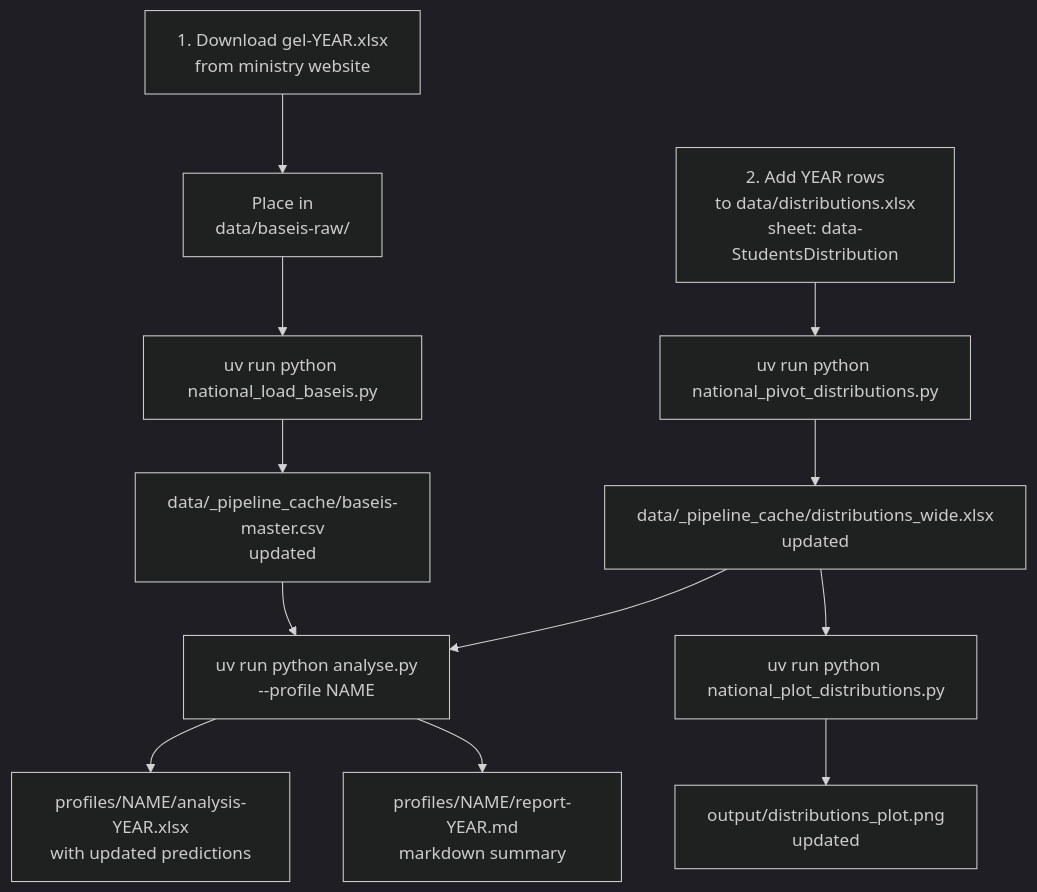
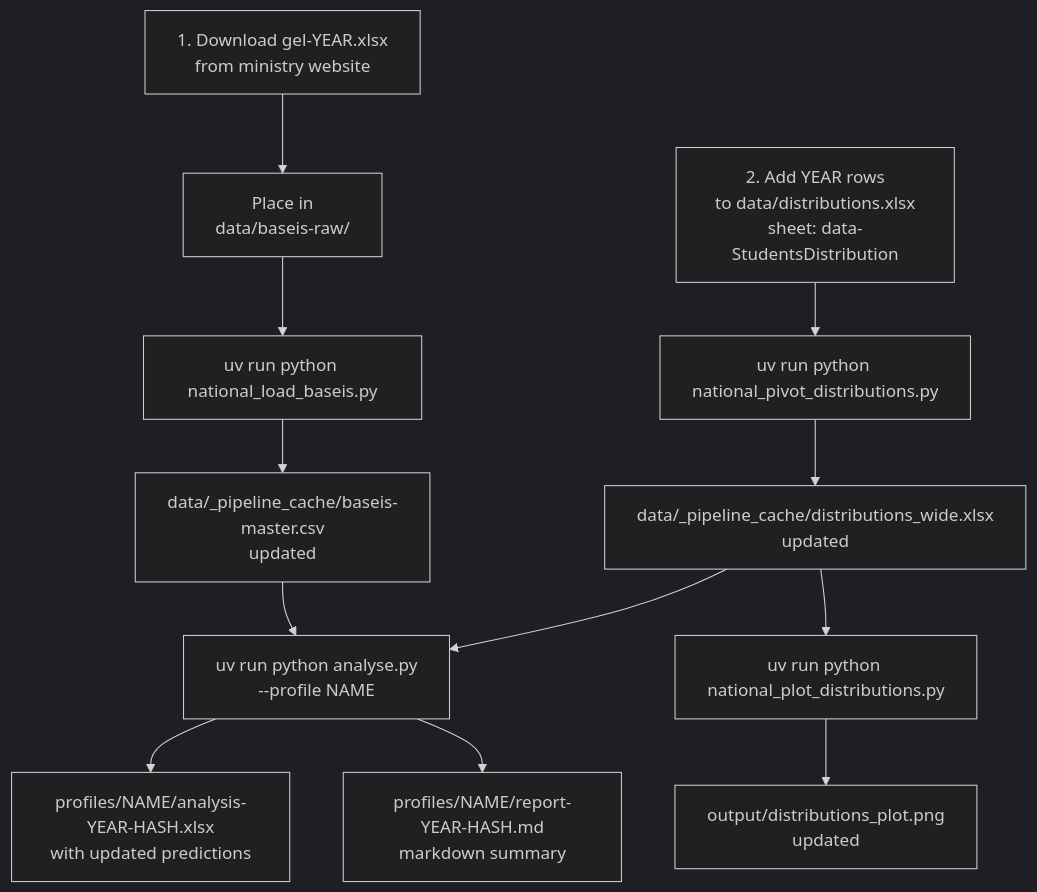
One commit to npapnet/dear_niece changed the diagram in docs/source/update.md. Above: the diagram before and after it, drawn with Mermaid (dark theme). The commit also changed other lines of this file and 17 other files, not shown here.

````diff
--- a/docs/source/update.md
+++ b/docs/source/update.md
@@ -19,15 +19,15 @@
 ```{mermaid}
 flowchart TD
     A["1. Download gel-YEAR.xlsx\nfrom ministry website"] --> B["Place in\ndata/baseis-raw/"]
     C["2. Add YEAR rows\nto data/distributions.xlsx\nsheet: data-StudentsDistribution"] 
     B --> D["uv run python national_load_baseis.py"]
     C --> E["uv run python national_pivot_distributions.py"]
     D --> F["data/_pipeline_cache/baseis-master.csv\nupdated"]
     E --> G["data/_pipeline_cache/distributions_wide.xlsx\nupdated"]
     F --> H["uv run python analyse.py\n--profile NAME"]
     G --> H
-    H --> I["profiles/NAME/analysis-YEAR.xlsx\nwith updated predictions"]
-    H --> R["profiles/NAME/report-YEAR.md\nmarkdown summary"]
+    H --> I["profiles/NAME/analysis-YEAR-HASH.xlsx\nwith updated predictions"]
+    H --> R["profiles/NAME/report-YEAR-HASH.md\nmarkdown summary"]
     G --> J["uv run python national_plot_distributions.py"]
     J --> K["output/distributions_plot.png\nupdated"]
 ```
````
